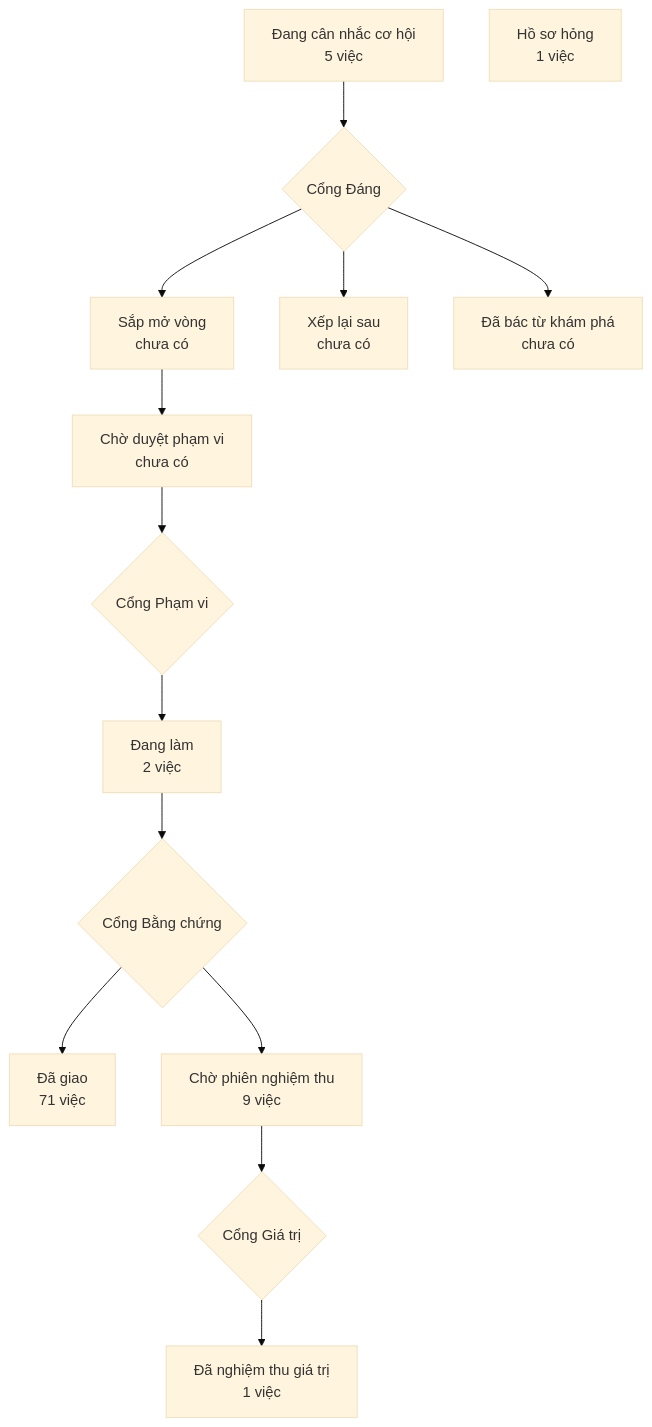
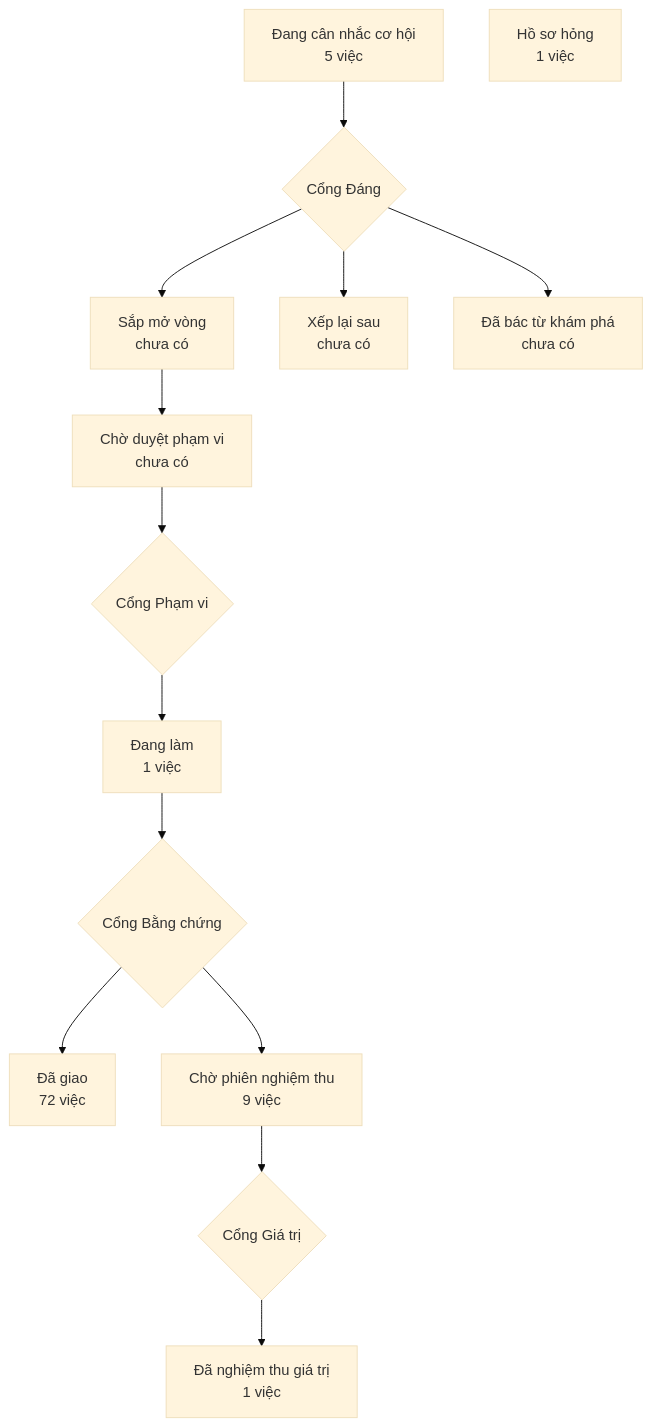
One commit to phanlemanh/crm-onehub changed the diagram in PRODUCT-MAP.md. Above: the diagram before and after it, drawn with Mermaid (base theme). The commit also changed 3 other files, not shown here.

````diff
--- a/PRODUCT-MAP.md
+++ b/PRODUCT-MAP.md
@@ -6,13 +6,13 @@
 ```mermaid
 flowchart TD
   A["Đang cân nhắc cơ hội<br/>5 việc"] --> GD{"Cổng Đáng"}
   GD --> B["Sắp mở vòng<br/>chưa có"]
   GD --> XL["Xếp lại sau<br/>chưa có"]
   GD --> DB["Đã bác từ khám phá<br/>chưa có"]
   B --> CD["Chờ duyệt phạm vi<br/>chưa có"] --> GP{"Cổng Phạm vi"}
-  GP --> DL["Đang làm<br/>2 việc"] --> GB{"Cổng Bằng chứng"}
-  GB --> DG["Đã giao<br/>71 việc"]
+  GP --> DL["Đang làm<br/>1 việc"] --> GB{"Cổng Bằng chứng"}
+  GB --> DG["Đã giao<br/>72 việc"]
   GB --> CN["Chờ phiên nghiệm thu<br/>9 việc"] --> GG{"Cổng Giá trị"}
   GG --> NT["Đã nghiệm thu giá trị<br/>1 việc"]
   HS["Hồ sơ hỏng<br/>1 việc"]
 ```
````
